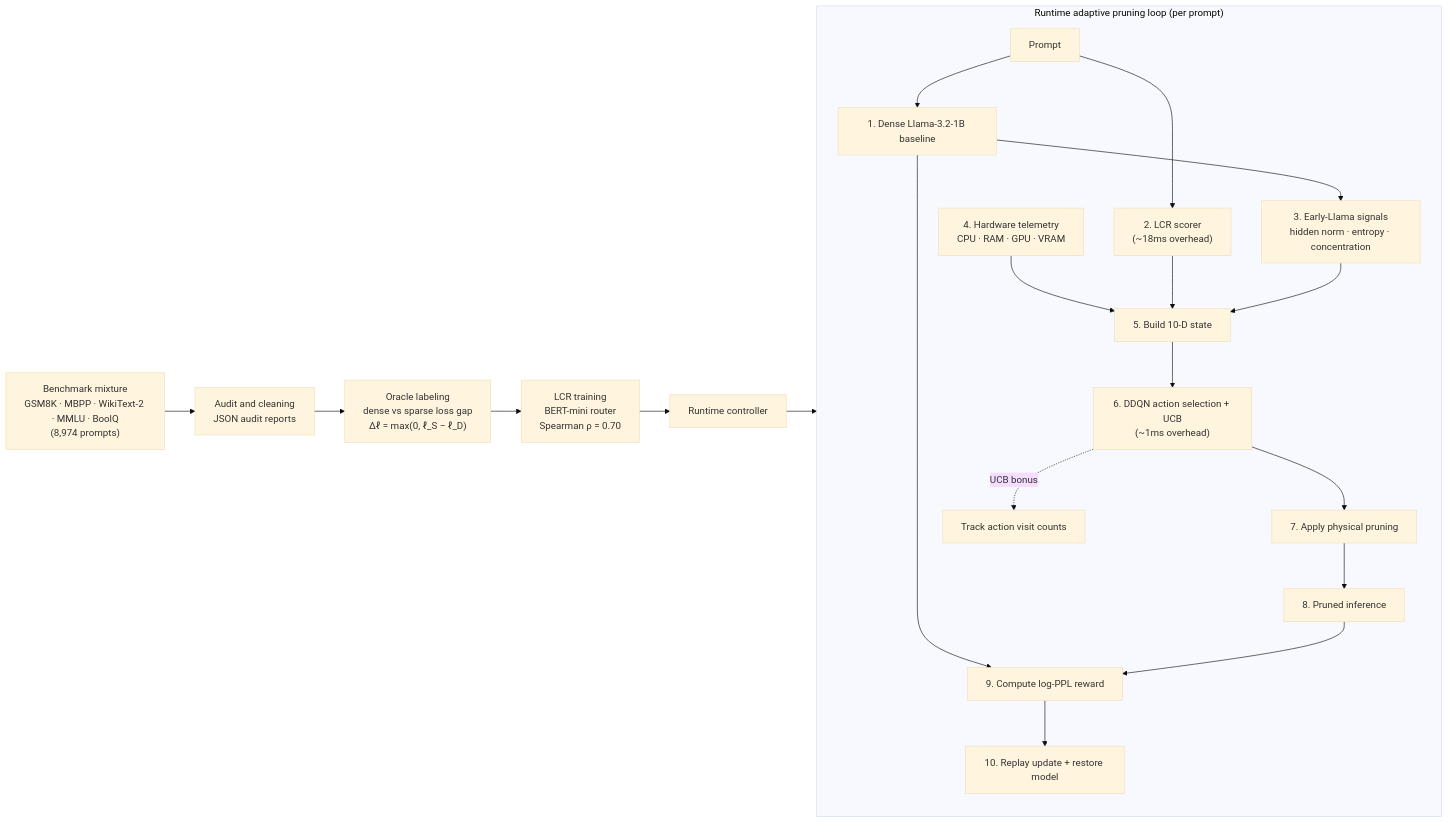
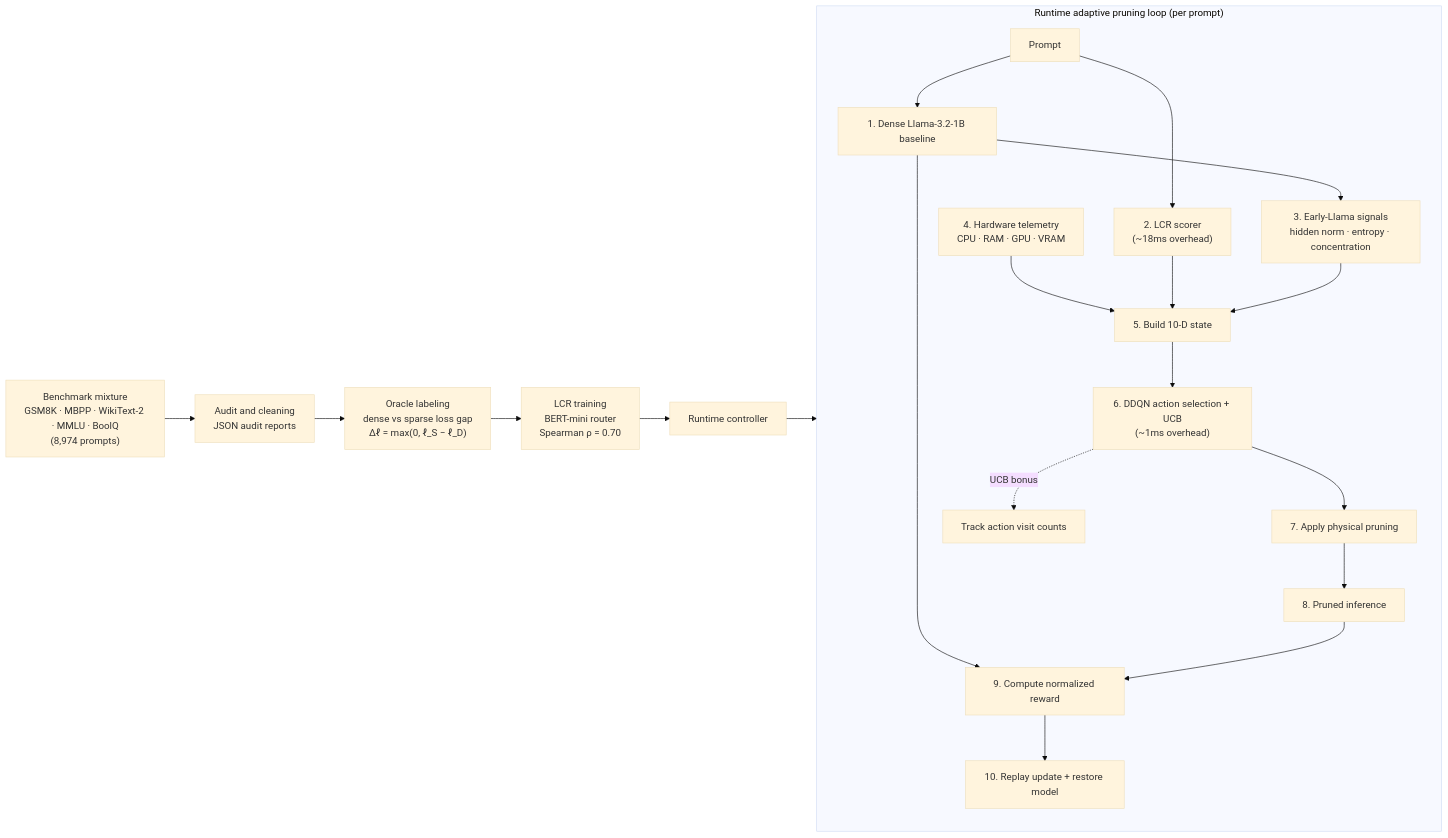
Before and after one commit to asief-iqbal/Thesis: diagram 12 of 15 in README.md, drawn with Mermaid (base theme). The commit also changed other lines of this file and 37 other files, not shown here.

Commit message:
Replace log-PPL reward with normalized linear PPL ratio [-1,1], fix LaTeX rendering, simplify importance scoring explanation

````diff
--- a/README.md
+++ b/README.md
@@ -1462,26 +1477,26 @@
 ```mermaid
 flowchart LR
     A["Benchmark mixture<br/>GSM8K · MBPP · WikiText-2 · MMLU · BoolQ<br/>(8,974 prompts)"] --> B["Audit and cleaning<br/>JSON audit reports"]
     B --> C["Oracle labeling<br/>dense vs sparse loss gap<br/>Δℓ = max(0, ℓ_S − ℓ_D)"]
     C --> D["LCR training<br/>BERT-mini router<br/>Spearman ρ = 0.70"]
     D --> E[Runtime controller]
 
     subgraph Runtime ["Runtime adaptive pruning loop (per prompt)"]
         direction TB
         F[Prompt] --> G["1. Dense Llama-3.2-1B baseline"]
         F --> H["2. LCR scorer<br/>(~18ms overhead)"]
         G --> I["3. Early-Llama signals<br/>hidden norm · entropy · concentration"]
         J["4. Hardware telemetry<br/>CPU · RAM · GPU · VRAM"] --> K["5. Build 10-D state"]
         H --> K
         I --> K
         K --> L["6. DDQN action selection + UCB<br/>(~1ms overhead)"]
         L --> M["7. Apply physical pruning"]
         M --> N["8. Pruned inference"]
-        G --> P["9. Compute log-PPL reward"]
+        G --> P["9. Compute normalized reward"]
         N --> P
         P --> Q["10. Replay update + restore model"]
         L -.->|UCB bonus| F2["Track action visit counts"]
     end
 
     E --> Runtime
 ```
````
